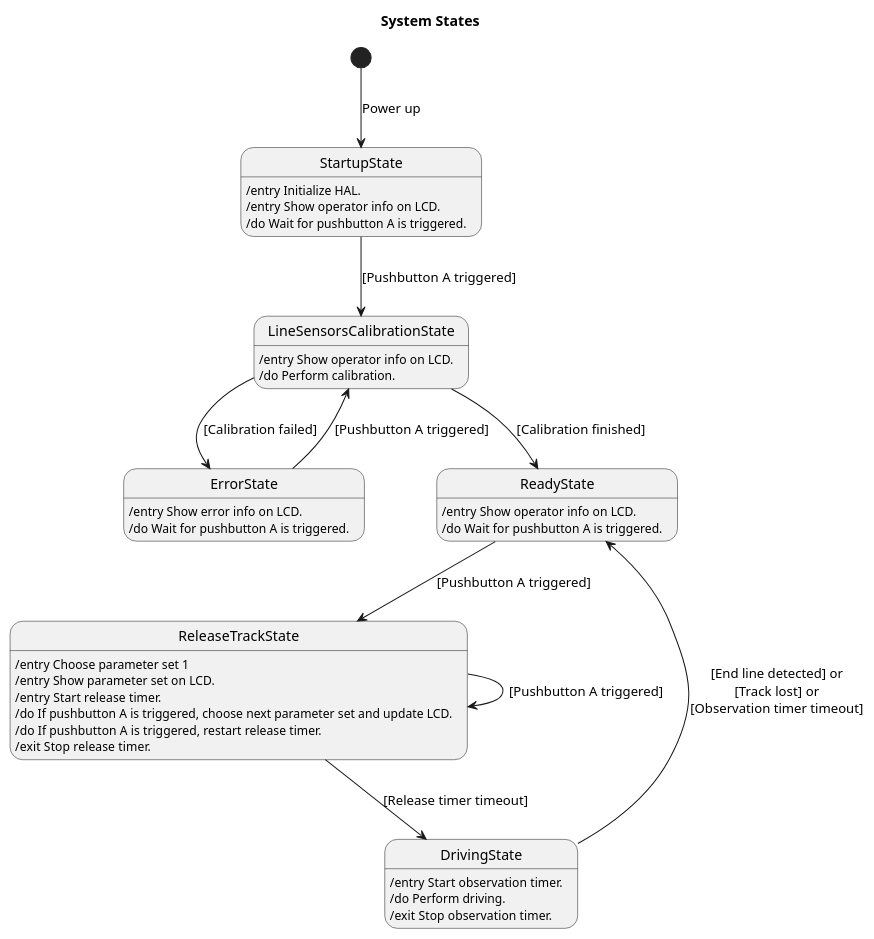
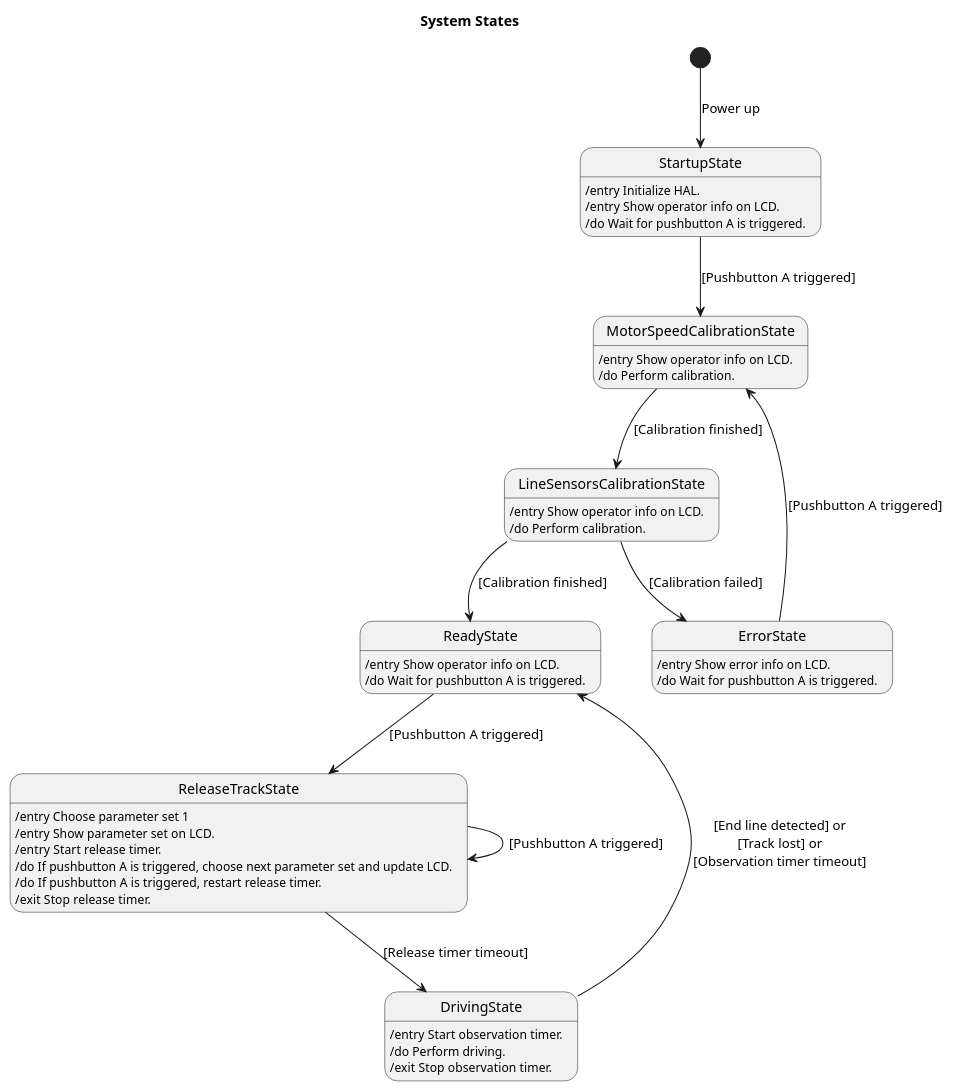
Before and after one commit to BlueAndi/RadonUlzer: the diagram in doc/architecture/uml/ProcessView/SystemStates2.plantuml, drawn with PlantUML. The commit also changed 13 other files, not shown here.

Commit message:
In the MotorSpeedCalibrationState the max. motor speed is determined in [steps/s]. This is necessary for the differential drive, which uses two PID controllers to control driving. The differential drive control system can be commanded by linear speed in [steps/s] and angular speed in [mrad/s].

```diff
--- a/doc/architecture/uml/ProcessView/SystemStates2.plantuml
+++ b/doc/architecture/uml/ProcessView/SystemStates2.plantuml
@@ -1,39 +1,43 @@
 @startuml
 
 title System States
 
 state StartupState: /entry Initialize HAL.
 state StartupState: /entry Show operator info on LCD.
 state StartupState: /do Wait for pushbutton A is triggered.
+
+state MotorSpeedCalibrationState: /entry Show operator info on LCD.
+state MotorSpeedCalibrationState: /do Perform calibration.
 
 state LineSensorsCalibrationState: /entry Show operator info on LCD.
 state LineSensorsCalibrationState: /do Perform calibration.
 
 state ErrorState: /entry Show error info on LCD.
 state ErrorState: /do Wait for pushbutton A is triggered.
 
 state ReadyState: /entry Show operator info on LCD.
 state ReadyState: /do Wait for pushbutton A is triggered.
 
 state ReleaseTrackState: /entry Choose parameter set 1
 state ReleaseTrackState: /entry Show parameter set on LCD.
 state ReleaseTrackState: /entry Start release timer.
 state ReleaseTrackState: /do If pushbutton A is triggered, choose next parameter set and update LCD.
 state ReleaseTrackState: /do If pushbutton A is triggered, restart release timer.
 state ReleaseTrackState: /exit Stop release timer.
 
 state DrivingState: /entry Start observation timer.
 state DrivingState: /do Perform driving.
 state DrivingState: /exit Stop observation timer.
 
 [*] --> StartupState: Power up
-StartupState --> LineSensorsCalibrationState: [Pushbutton A triggered]
+StartupState --> MotorSpeedCalibrationState: [Pushbutton A triggered]
+MotorSpeedCalibrationState --> LineSensorsCalibrationState: [Calibration finished]
 LineSensorsCalibrationState --> ReadyState: [Calibration finished]
 LineSensorsCalibrationState --> ErrorState: [Calibration failed]
 ReadyState --> ReleaseTrackState: [Pushbutton A triggered]
 ReleaseTrackState --> DrivingState: [Release timer timeout]
 ReleaseTrackState --> ReleaseTrackState: [Pushbutton A triggered]
 DrivingState --> ReadyState: [End line detected] or\n[Track lost] or\n[Observation timer timeout]
-ErrorState --> LineSensorsCalibrationState: [Pushbutton A triggered]
+ErrorState --> MotorSpeedCalibrationState: [Pushbutton A triggered]
 
 @enduml
```
